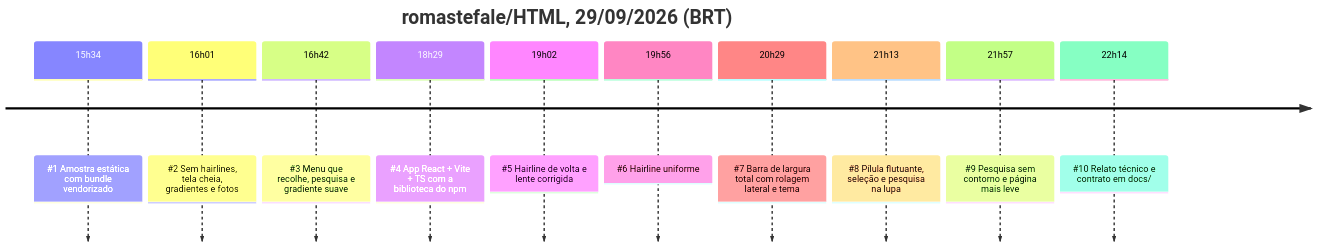
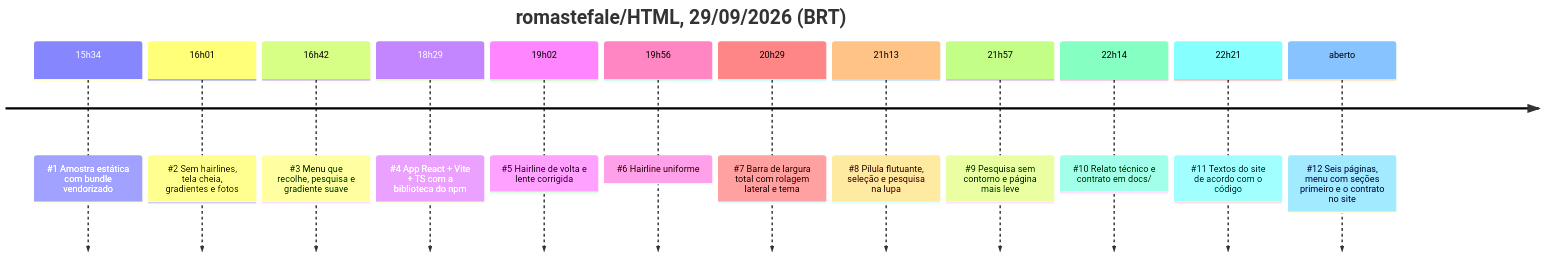
One commit to romastefale/HTML changed the diagram in docs/HISTORICO.md. Above: the diagram before and after it, drawn with Mermaid. The commit also changed other lines of this file and 98 other files, not shown here.

First line of the commit message:
Menu com seções primeiro, páginas Painel e Galeria de vidro líquido e o contrato de docs/ no próprio site

````diff
--- a/docs/HISTORICO.md
+++ b/docs/HISTORICO.md
@@ -5,14 +5,16 @@
 ```mermaid
 timeline
   title romastefale/HTML, 29/09/2026 (BRT)
   15h34 : #1 Amostra estática com bundle vendorizado
   16h01 : #2 Sem hairlines, tela cheia, gradientes e fotos
   16h42 : #3 Menu que recolhe, pesquisa e gradiente suave
   18h29 : #4 App React + Vite + TS com a biblioteca do npm
   19h02 : #5 Hairline de volta e lente corrigida
   19h56 : #6 Hairline uniforme
   20h29 : #7 Barra de largura total com rolagem lateral e tema
   21h13 : #8 Pílula flutuante, seleção e pesquisa na lupa
   21h57 : #9 Pesquisa sem contorno e página mais leve
   22h14 : #10 Relato técnico e contrato em docs/
+  22h21 : #11 Textos do site de acordo com o código
+  aberto : #12 Seis páginas, menu com seções primeiro e o contrato no site
 ```
````
